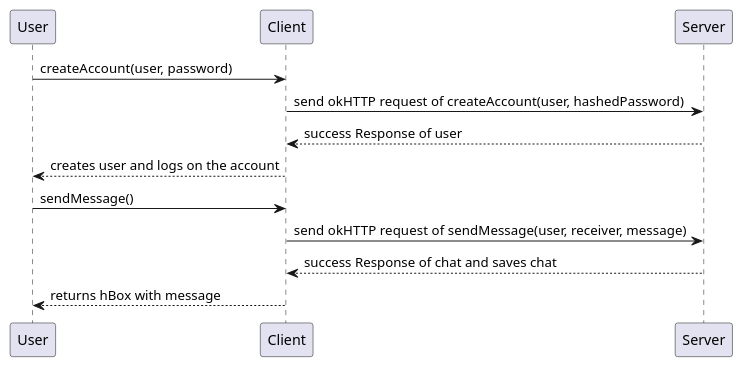
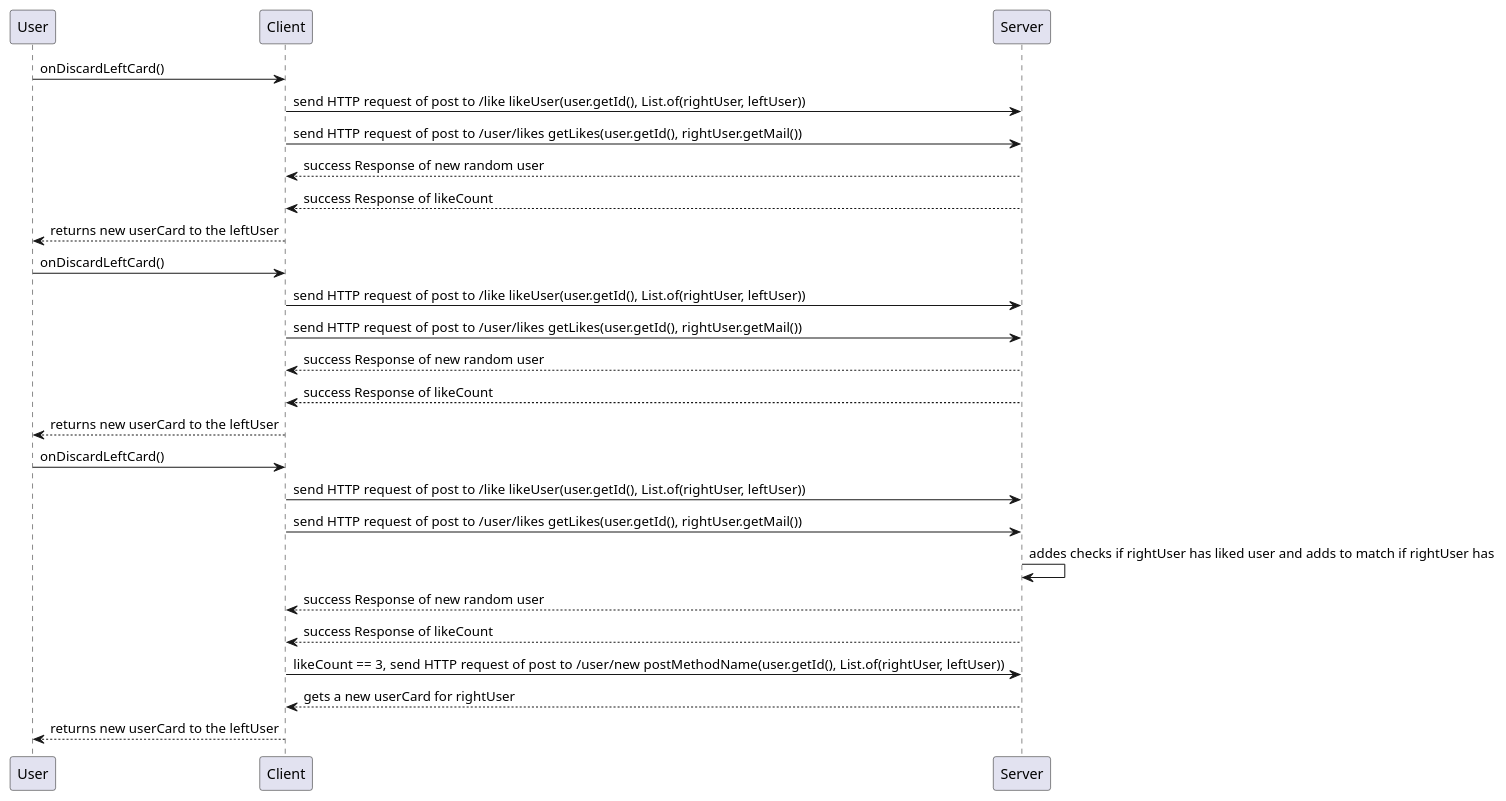
One commit to Tordsg/Xcitr changed the diagram in docs/release 3/sequenceDiagram.plantUML. Above: the diagram before and after it, drawn with PlantUML.

Commit message:
made for match

```diff
--- a/docs/release 3/sequenceDiagram.plantUML
+++ b/docs/release 3/sequenceDiagram.plantUML
@@ -1,15 +1,28 @@
-@startuml sequenceDiagram
+@startuml sequenceDiagram of match
 
-User -> Client: createAccount(user, password)
-Client -> Server: send okHTTP request of createAccount(user, hashedPassword)
-Server --> Client: success Response of user
-Client --> User: creates user and logs on the account
+User -> Client: onDiscardLeftCard()
+Client -> Server: send HTTP request of post to /like likeUser(user.getId(), List.of(rightUser, leftUser)) 
+Client -> Server: send HTTP request of post to /user/likes getLikes(user.getId(), rightUser.getMail())
+Server --> Client: success Response of new random user
+Server --> Client: success Response of likeCount
+Client --> User: returns new userCard to the leftUser
 
-User -> Client: sendMessage()
-Client -> Server: send okHTTP request of sendMessage(user, receiver, message)
-Server --> Client: success Response of chat and saves chat
-Client --> User: returns hBox with message
+User -> Client: onDiscardLeftCard()
+Client -> Server: send HTTP request of post to /like likeUser(user.getId(), List.of(rightUser, leftUser)) 
+Client -> Server: send HTTP request of post to /user/likes getLikes(user.getId(), rightUser.getMail())
+Server --> Client: success Response of new random user
+Server --> Client: success Response of likeCount
+Client --> User: returns new userCard to the leftUser
 
+User -> Client: onDiscardLeftCard()
+Client -> Server: send HTTP request of post to /like likeUser(user.getId(), List.of(rightUser, leftUser)) 
+Client -> Server: send HTTP request of post to /user/likes getLikes(user.getId(), rightUser.getMail())
+Server -> Server: addes checks if rightUser has liked user and adds to match if rightUser has
+Server --> Client: success Response of new random user
+Server --> Client: success Response of likeCount
+Client -> Server: likeCount == 3, send HTTP request of post to /user/new  postMethodName(user.getId(), List.of(rightUser, leftUser))
+Server --> Client: gets a new userCard for rightUser
+Client --> User: returns new userCard to the leftUser
 
 
 @enduml
```
